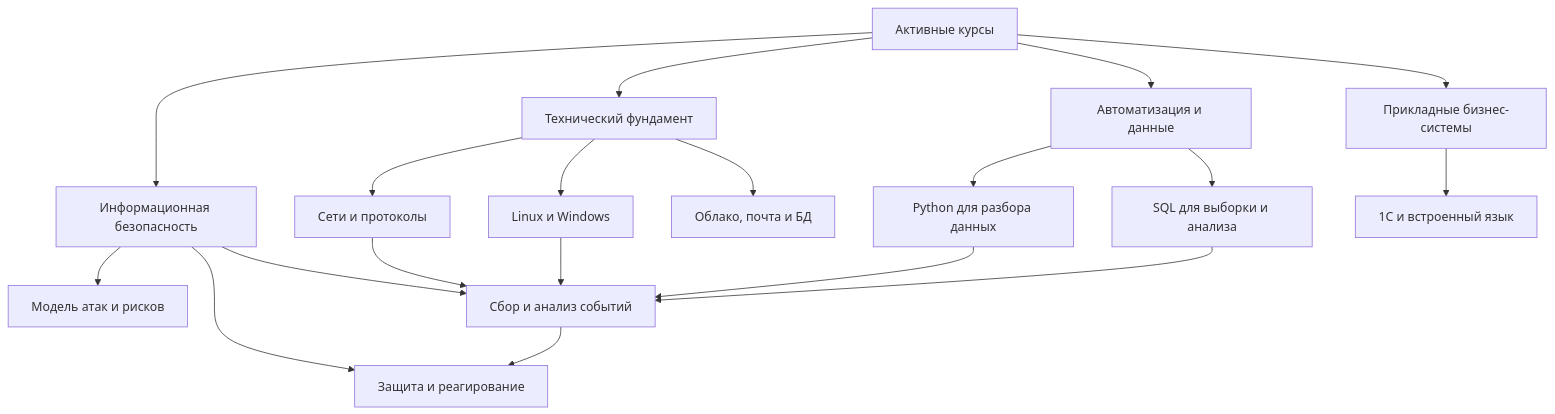
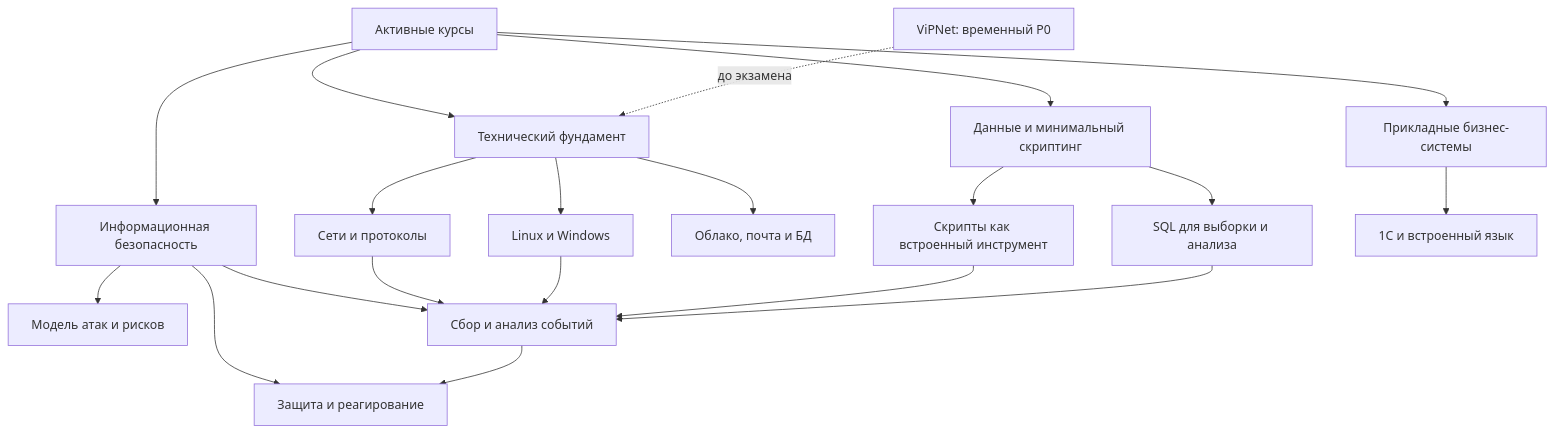
The diagram in 20 — Обучение/Активные курсы/00 — Карта профессионального развития/00 — Дашборд активного обучения.md (HackCtrl/Knowledge-Base), drawn with Mermaid before and after one commit. The commit also changed other lines of this file and 49 other files, not shown here.

````diff
--- a/20 — Обучение/Активные курсы/00 — Карта профессионального развития/00 — Дашборд активного обучения.md
+++ b/20 — Обучение/Активные курсы/00 — Карта профессионального развития/00 — Дашборд активного обучения.md
@@ -45,26 +75,27 @@
 ```mermaid
 flowchart TB
     A[Активные курсы] --> B[Технический фундамент]
     A --> C[Информационная безопасность]
-    A --> D[Автоматизация и данные]
+    A --> D[Данные и минимальный скриптинг]
     A --> E[Прикладные бизнес-системы]
 
     B --> B1[Сети и протоколы]
     B --> B2[Linux и Windows]
     B --> B3[Облако, почта и БД]
 
     C --> C1[Модель атак и рисков]
     C --> C2[Сбор и анализ событий]
     C --> C3[Защита и реагирование]
 
-    D --> D1[Python для разбора данных]
+    D --> D1[Скрипты как встроенный инструмент]
     D --> D2[SQL для выборки и анализа]
 
     E --> E1[1С и встроенный язык]
+    X[ViPNet: временный P0] -. до экзамена .-> B
 
     B1 --> C2
     B2 --> C2
     D1 --> C2
     D2 --> C2
     C2 --> C3
 ```
````
